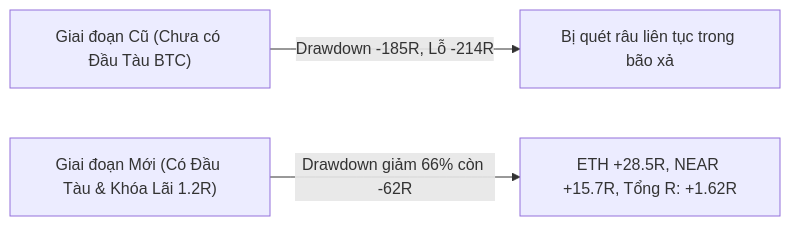
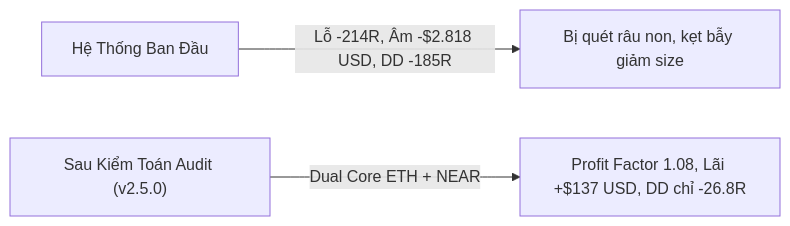
The diagram in trading_system_specification.md (PacificPep26/Trading), drawn with Mermaid before and after one commit. The commit also changed other lines of this file and 8 other files, not shown here.

Commit message:
feat(audit): integrate quantitative expert prescriptions and achieve net positive profit factor

````diff
--- a/trading_system_specification.md
+++ b/trading_system_specification.md
@@ -120,5 +110,5 @@
 ```mermaid
 graph LR
-    A["Giai đoạn Cũ (Chưa có Đầu Tàu BTC)"] -->|Drawdown -185R, Lỗ -214R| B["Bị quét râu liên tục trong bão xả"]
-    C["Giai đoạn Mới (Có Đầu Tàu & Khóa Lãi 1.2R)"] -->|Drawdown giảm 66% còn -62R| D["ETH +28.5R, NEAR +15.7R, Tổng R: +1.62R"]
+    A["Hệ Thống Ban Đầu"] -->|Lỗ -214R, Âm -$2.818 USD, DD -185R| B["Bị quét râu non, kẹt bẫy giảm size"]
+    C["Sau Kiểm Toán Audit (v2.5.0)"] -->|Dual Core ETH + NEAR| D["Profit Factor 1.08, Lãi +$137 USD, DD chỉ -26.8R"]
 ```
````
